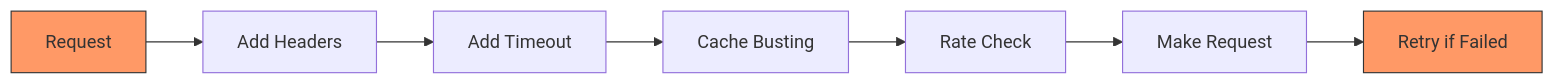
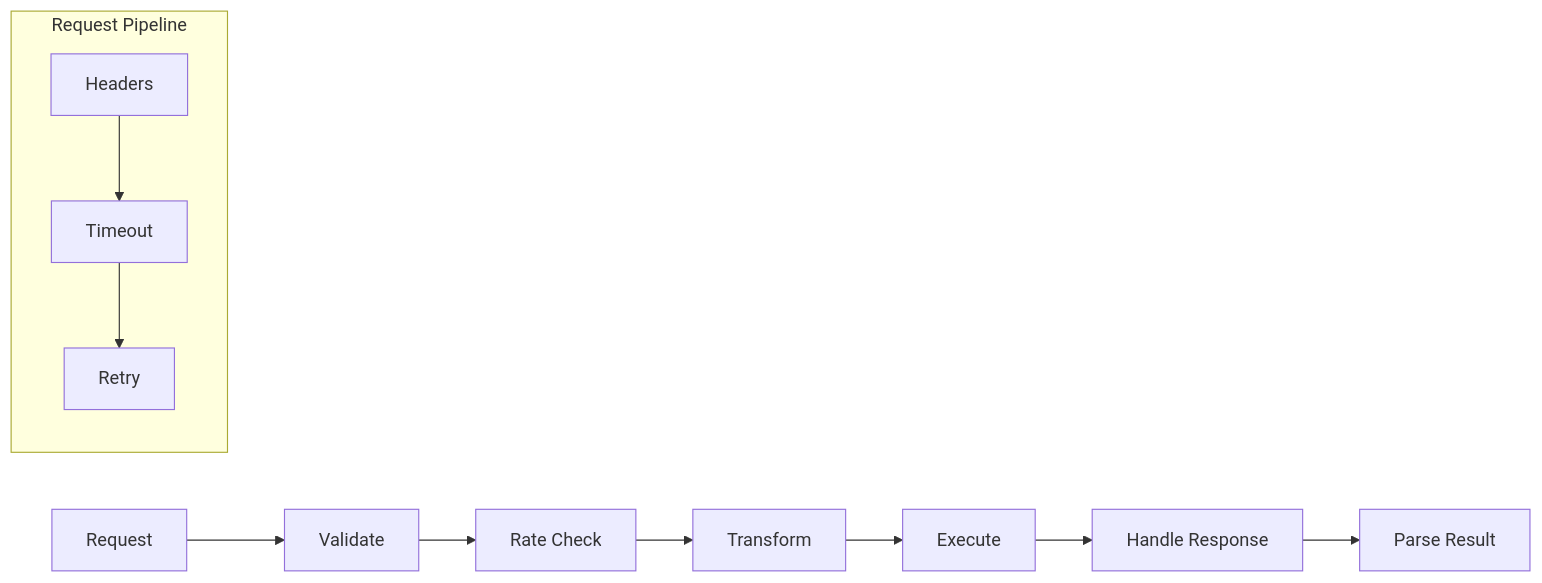
One commit to tonglam/letletme_data changed the second of 5 diagrams in documentation/design/HTTP_Client_Design.md. Above: the diagram before and after it, drawn with Mermaid. The commit also changed other lines of this file and 15 other files, not shown here.

````diff
--- a/documentation/design/HTTP_Client_Design.md
+++ b/documentation/design/HTTP_Client_Design.md
@@ -24,12 +51,18 @@
 ```mermaid
 graph LR
-    A[Request] --> B[Add Headers]
-    B --> C[Add Timeout]
-    C --> D[Cache Busting]
-    D --> E[Rate Check]
-    E --> F[Make Request]
-    F --> G[Retry if Failed]
+    A[Request] --> B[Validate]
+    B --> C[Rate Check]
+    C --> D[Transform]
+    D --> E[Execute]
+    E --> F[Handle Response]
+    F --> G[Parse Result]
 
-    style A fill:#f96,stroke:#333
-    style G fill:#f96,stroke:#333
+    subgraph Request Pipeline
+        H[Headers]
+        I[Timeout]
+        J[Retry]
+
+        H --> I
+        I --> J
+    end
 ```
````
